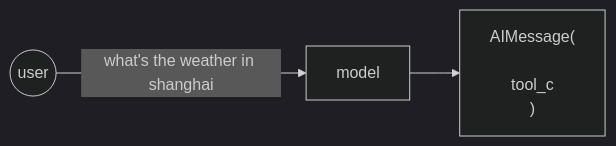
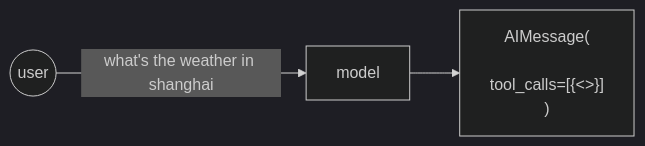
The diagram in all/未命名-28.md (ka1fe1/iodraw-files), drawn with Mermaid (dark theme) before and after one commit.

Commit message:
2024-10-22 17:44:46 update

````diff
--- a/all/未命名-28.md
+++ b/all/未命名-28.md
@@ -1,10 +1,10 @@
 ```mermaid
 flowchart LR
     s1((user))
     s2["model"]
     s3["AIMessage(<br>
-        tool_c
+        tool_calls=[{<>}]
     )"]
 
     s1 -->|what's the weather in shanghai| s2 --> s3
 ```
````
